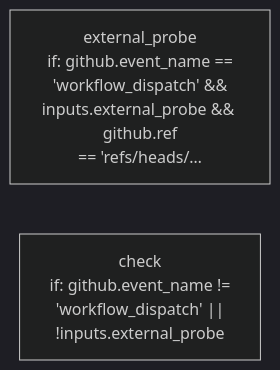
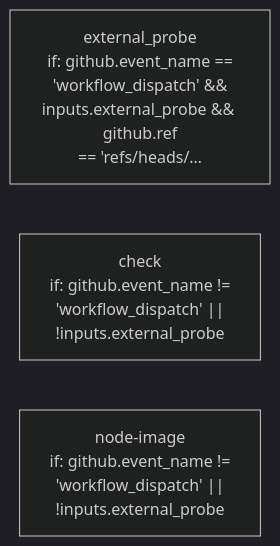
The diagram in docs/architecture/mermaider/ci-pipeline.mmd (amerged-org/cloudflare-postgres), drawn with Mermaid (dark theme) before and after one commit. The commit also changed 50 other files, not shown here.

First line of the commit message:
feat: node image, pull installer and the node-image CI job

```diff
--- a/docs/architecture/mermaider/ci-pipeline.mmd
+++ b/docs/architecture/mermaider/ci-pipeline.mmd
@@ -1,3 +1,4 @@
 flowchart LR
     n_d92200072b60["external_probe<br/>if: github.event_name ==<br/>'workflow_dispatch' #38;#38;<br/>inputs.external_probe #38;#38; github.ref<br/>== 'refs/heads/…"]
     n_58381b3e9536["check<br/>if: github.event_name !=<br/>'workflow_dispatch' ||<br/>!inputs.external_probe"]
+    n_20a964d54b2b["node-image<br/>if: github.event_name !=<br/>'workflow_dispatch' ||<br/>!inputs.external_probe"]
```
